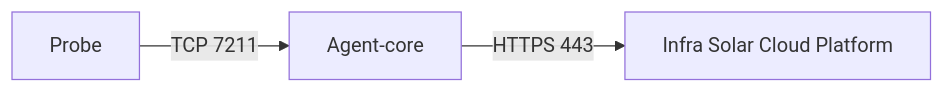
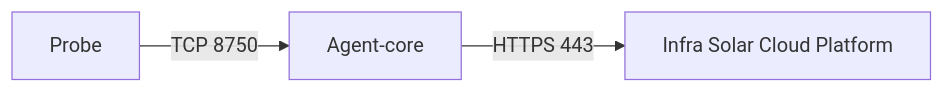
One commit to infrasonar/docs changed the diagram in docs/documentation/collectors/probes/index.md. Above: the diagram before and after it, drawn with Mermaid. The commit also changed 1 other file, not shown here.

Commit message:
Changed TCP port to 8750

````diff
--- a/docs/documentation/collectors/probes/index.md
+++ b/docs/documentation/collectors/probes/index.md
@@ -26,4 +26,4 @@
 ``` mermaid
 graph LR
-  probe[Probe] --> | TCP 7211 | Agentcore[Agent-core] --> | HTTPS 443 | infrasonarcloud[Infra Solar Cloud Platform];
+  probe[Probe] --> | TCP 8750 | Agentcore[Agent-core] --> | HTTPS 443 | infrasonarcloud[Infra Solar Cloud Platform];
 ```
````
